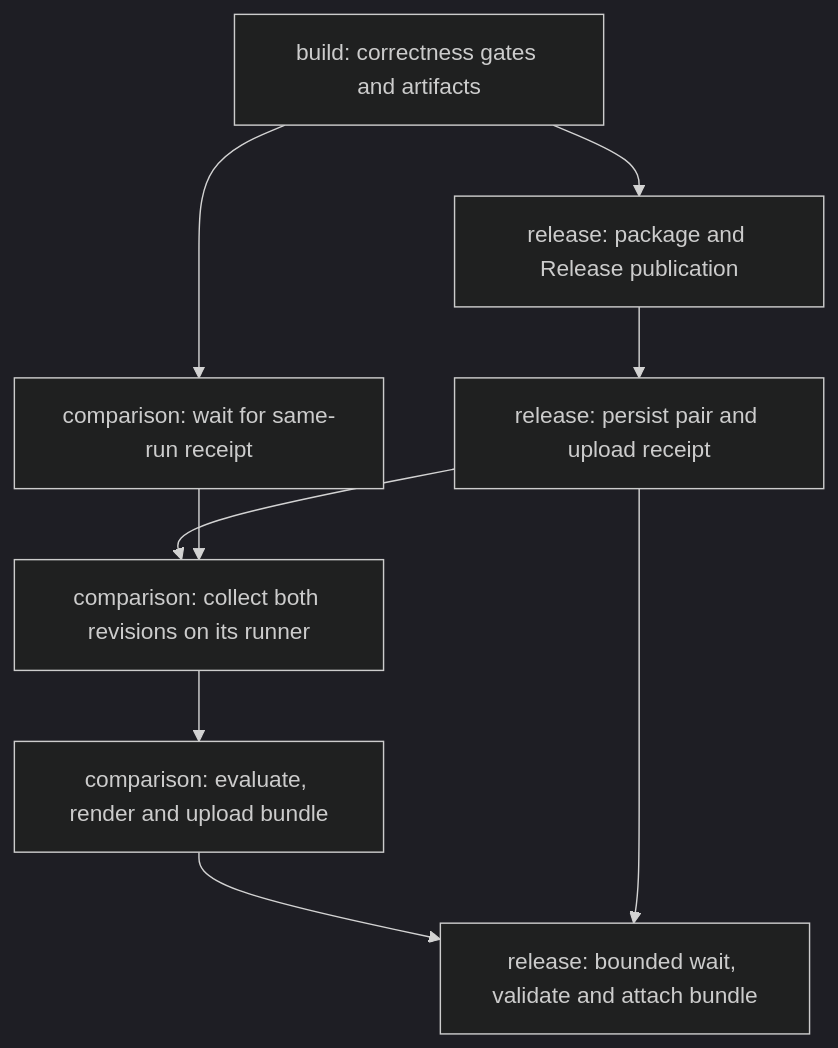
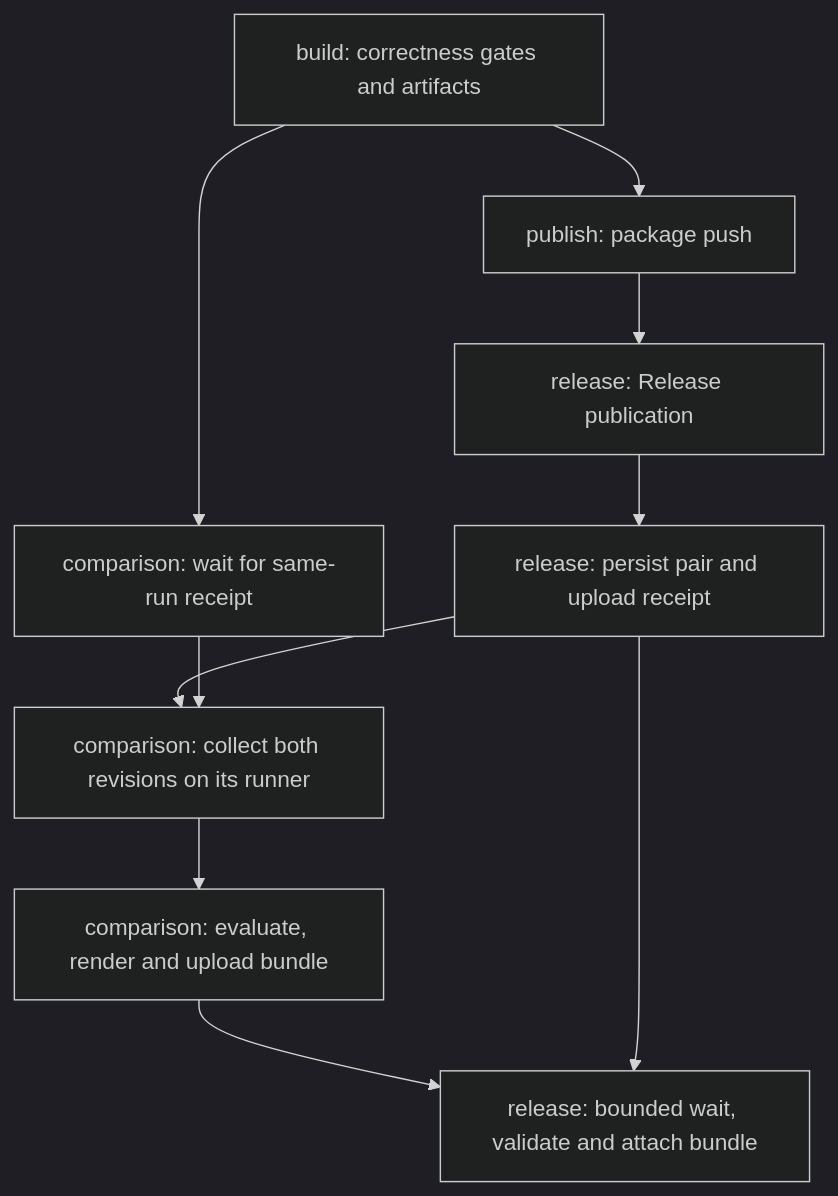
One commit to RLittlesII/specht changed the diagram in .performance/comparison/.spec/README.md. Above: the diagram before and after it, drawn with Mermaid (dark theme). The commit also changed other lines of this file and 18 other files, not shown here.

First line of the commit message:
task(0333): run the nuget.org push in its own publish job on a hosted runner (#668)

````diff
--- a/.performance/comparison/.spec/README.md
+++ b/.performance/comparison/.spec/README.md
@@ -288,11 +293,12 @@
 ```mermaid
 flowchart TD
-    G[build: correctness gates and artifacts] --> P[release: package and Release publication]
+    G[build: correctness gates and artifacts] --> U[publish: package push]
+    U --> P[release: Release publication]
     G --> W[comparison: wait for same-run receipt]
     P --> S[release: persist pair and upload receipt]
     S --> C[comparison: collect both revisions on its runner]
     W --> C
     C --> E[comparison: evaluate, render and upload bundle]
     E --> A[release: bounded wait, validate and attach bundle]
     S --> A
 ```
````
